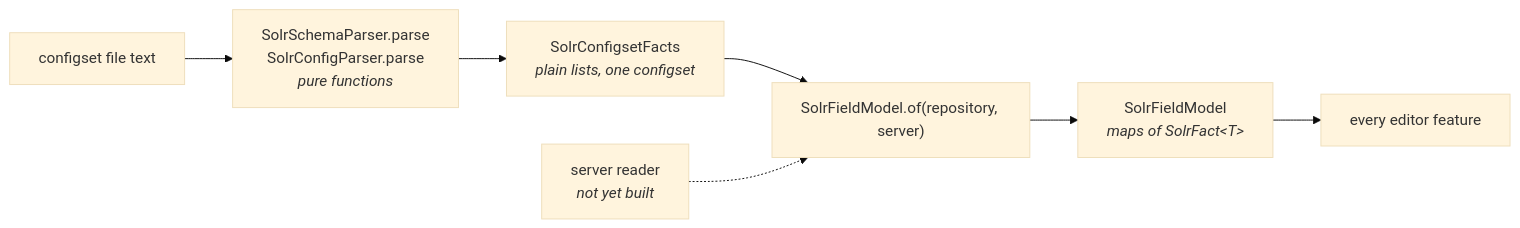
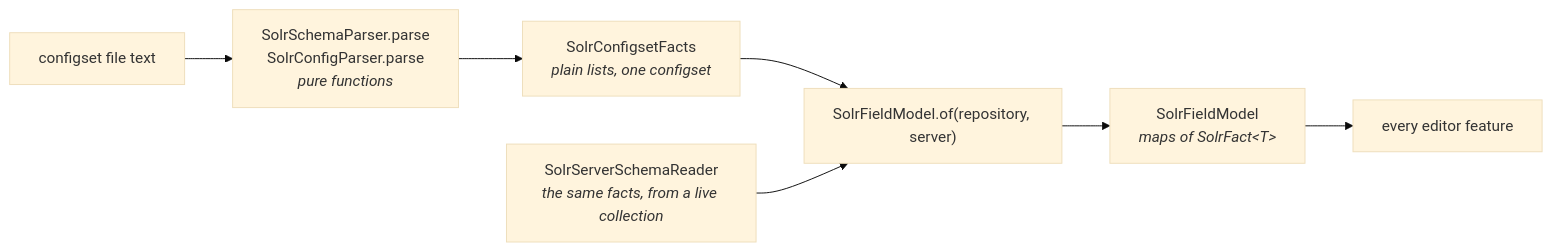
Before and after one commit to adityamparikh/solr-intellij-plugin: the diagram in docs/how-to/extend-the-field-model.md, drawn with Mermaid (base theme). The commit also changed 7 other files, not shown here.

````diff
--- a/docs/how-to/extend-the-field-model.md
+++ b/docs/how-to/extend-the-field-model.md
@@ -49,9 +49,9 @@
 ```mermaid
 flowchart LR
     Text["configset file text"] --> Parser["SolrSchemaParser.parse<br/>SolrConfigParser.parse<br/><i>pure functions</i>"]
     Parser --> Facts["SolrConfigsetFacts<br/><i>plain lists, one configset</i>"]
     Facts --> Of["SolrFieldModel.of(repository, server)"]
-    Server["server reader<br/><i>not yet built</i>"] -.-> Of
+    Server["SolrServerSchemaReader<br/><i>the same facts, from a live collection</i>"] --> Of
     Of --> Model["SolrFieldModel<br/><i>maps of SolrFact&lt;T&gt;</i>"]
     Model --> Feature["every editor feature"]
 ```
````
